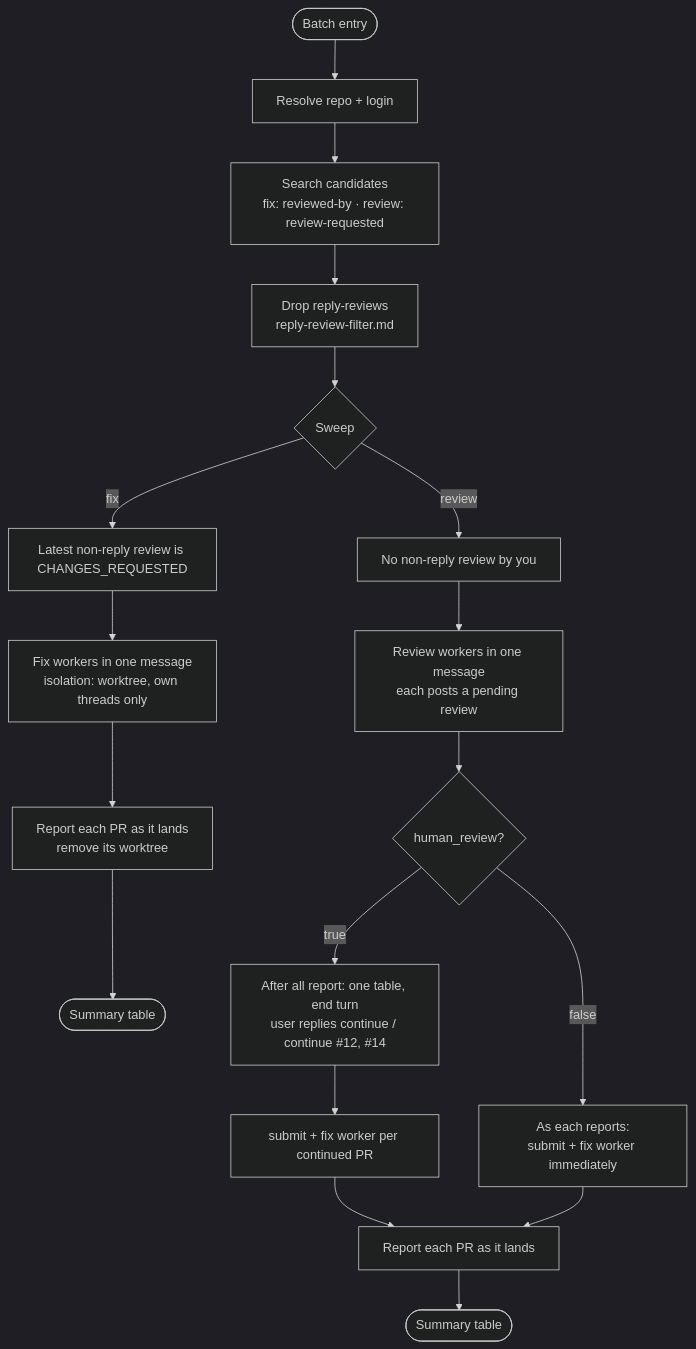
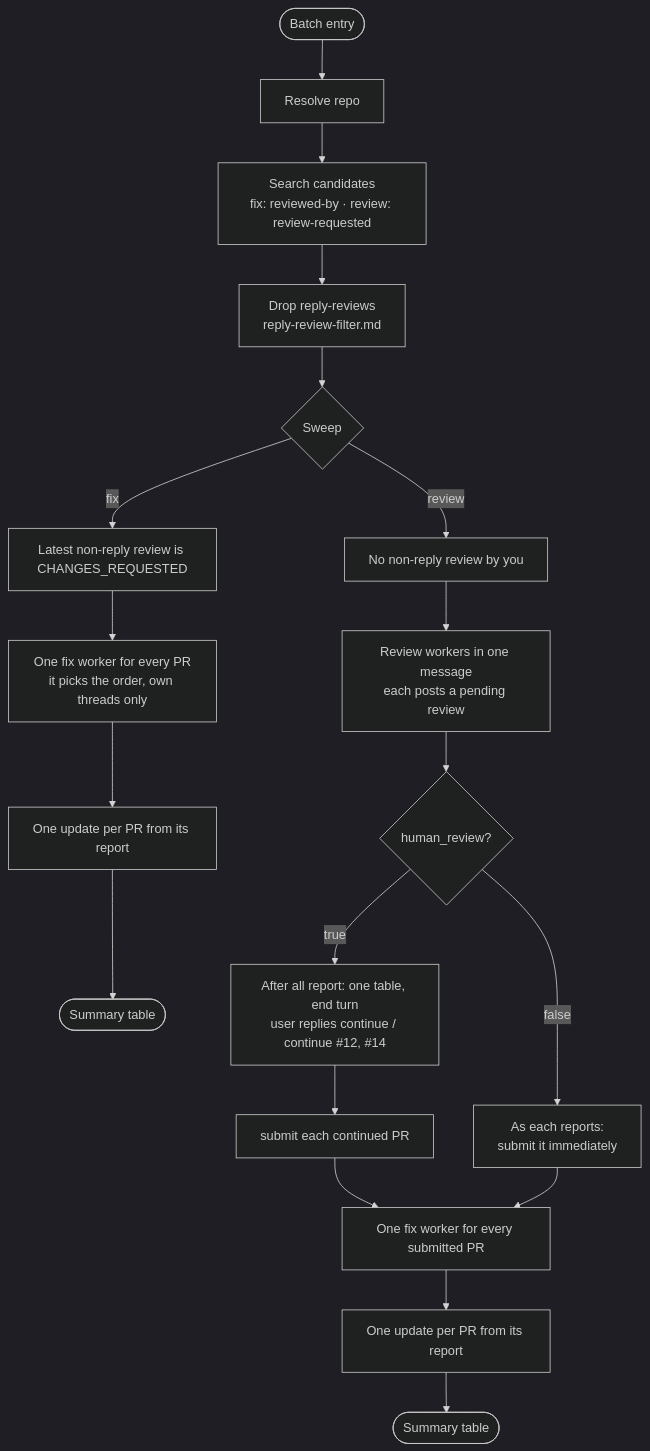
One commit to flaviosv/ai-coding-tooling changed the third of 3 diagrams in skills/code-review/WORKFLOW.md. Above: the diagram before and after it, drawn with Mermaid (dark theme). The commit also changed other lines of this file and 20 other files, not shown here.

Commit message:
fix(code-review): single fix worker, resume-on-retry, drop gh login handling, and apply harness-eval findings

````diff
--- a/skills/code-review/WORKFLOW.md
+++ b/skills/code-review/WORKFLOW.md
@@ -75,20 +75,21 @@
 ```mermaid
 flowchart TD
-    B([Batch entry]) --> Repo[Resolve repo + login]
+    B([Batch entry]) --> Repo[Resolve repo]
     Repo --> Cand[Search candidates<br/>fix: reviewed-by · review: review-requested]
     Cand --> Filt[Drop reply-reviews<br/>reply-review-filter.md]
     Filt --> Q{Sweep}
 
     Q -- fix --> FQ[Latest non-reply review is CHANGES_REQUESTED]
-    FQ --> FW[Fix workers in one message<br/>isolation: worktree, own threads only]
-    FW --> FR[Report each PR as it lands<br/>remove its worktree] --> FT([Summary table])
+    FQ --> FW[One fix worker for every PR<br/>it picks the order, own threads only]
+    FW --> FR[One update per PR from its report] --> FT([Summary table])
 
     Q -- review --> RQ[No non-reply review by you]
     RQ --> RW[Review workers in one message<br/>each posts a pending review]
     RW --> HR{human_review?}
     HR -- true --> Tbl[After all report: one table, end turn<br/>user replies continue / continue #12, #14]
-    Tbl --> SubB[submit + fix worker per continued PR]
-    HR -- false --> Each[As each reports:<br/>submit + fix worker immediately]
-    SubB --> RR[Report each PR as it lands] --> RT([Summary table])
-    Each --> RR
+    Tbl --> SubB[submit each continued PR]
+    HR -- false --> Each[As each reports:<br/>submit it immediately]
+    SubB --> FixB[One fix worker for every submitted PR]
+    Each --> FixB
+    FixB --> RR[One update per PR from its report] --> RT([Summary table])
 ```
````
